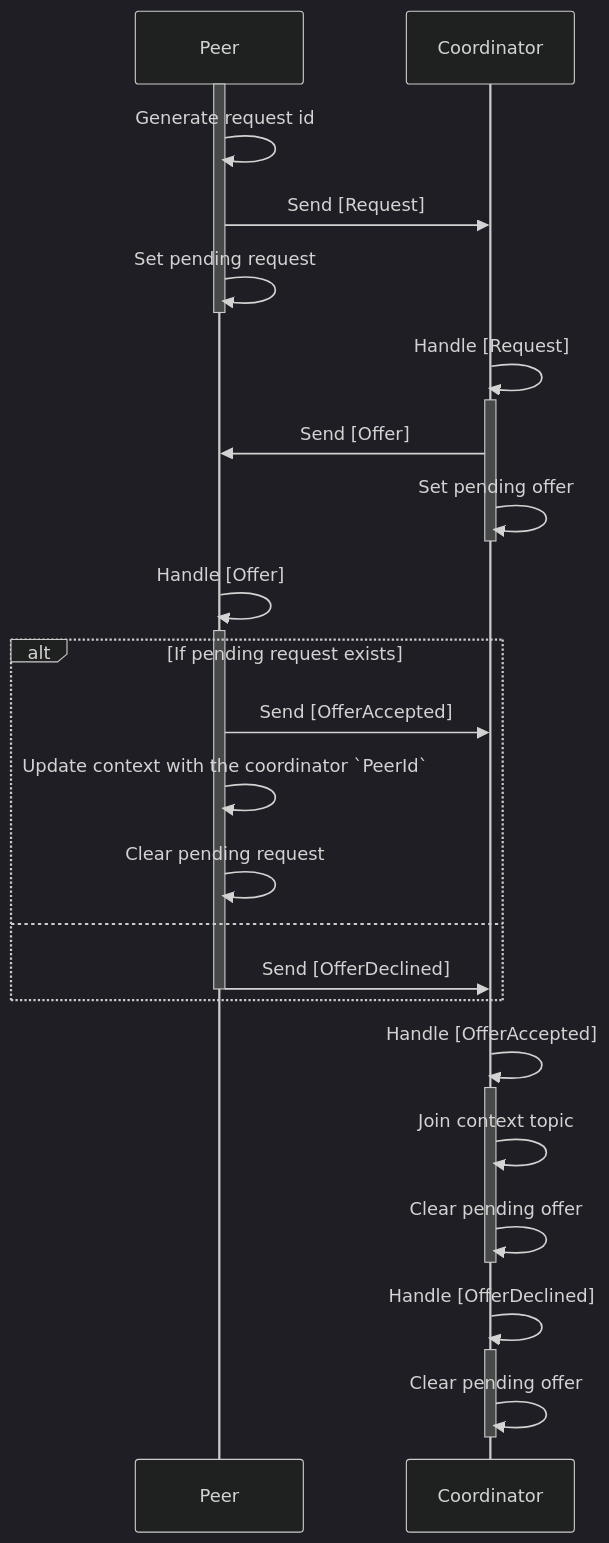
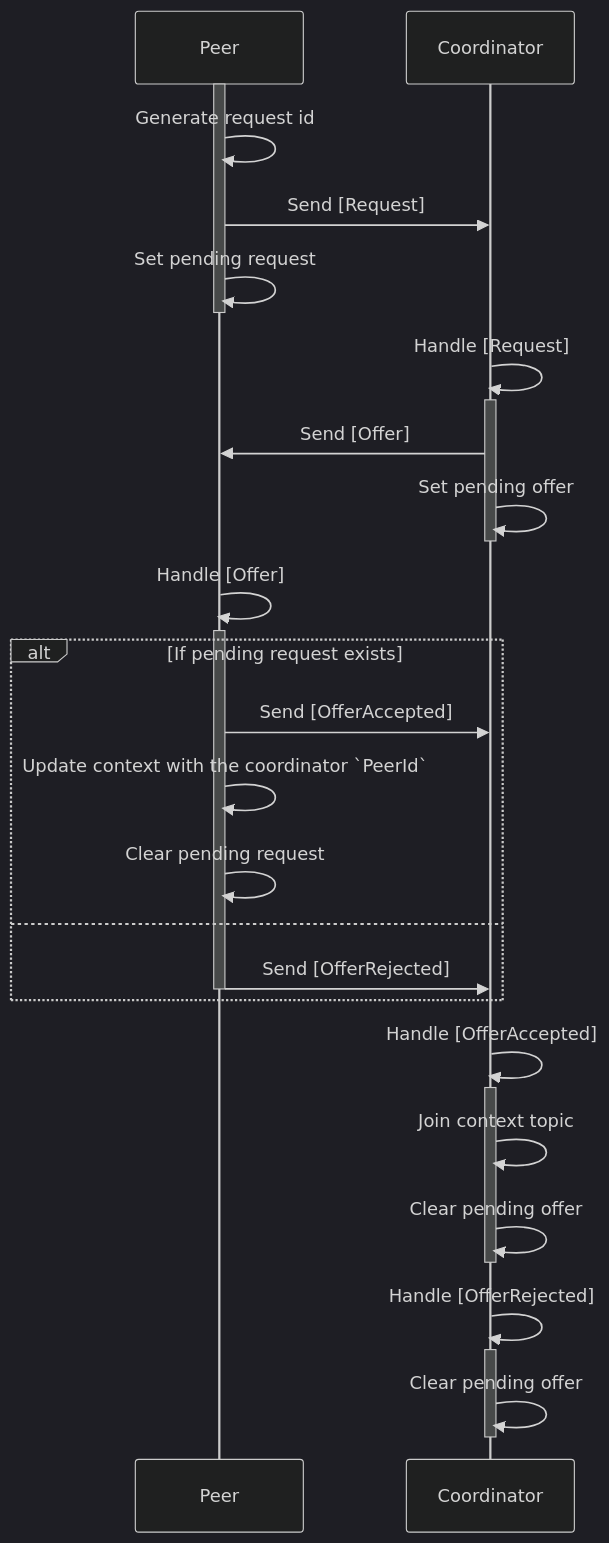
The second of 2 diagrams in crates/node/README.md (calimero-network/core), drawn with Mermaid (dark theme) before and after one commit. The commit also changed 21 other files, not shown here.

Commit message:
feat: PeerId primitive and coordinator ceremony types

````diff
--- a/crates/node/README.md
+++ b/crates/node/README.md
@@ -71,28 +71,28 @@
 ```mermaid
 sequenceDiagram
     activate Peer
     Peer->>Peer:Generate request id
     Peer->>Coordinator:Send [Request]
     Peer->>Peer:Set pending request
     deactivate Peer
 
     Coordinator->>+Coordinator:Handle [Request]
     Coordinator->>Peer:Send [Offer]
     Coordinator->>-Coordinator:Set pending offer
 
     Peer->>+Peer:Handle [Offer]
     alt If pending request exists
         Peer->>Coordinator: Send [OfferAccepted]
         Peer->>Peer:Update context with the coordinator `PeerId`
         Peer->>Peer:Clear pending request
     else
-        Peer->>-Coordinator: Send [OfferDeclined]
+        Peer->>-Coordinator: Send [OfferRejected]
     end
 
     Coordinator->>+Coordinator:Handle [OfferAccepted]
     Coordinator->>Coordinator:Join context topic
     Coordinator->>-Coordinator:Clear pending offer
 
-    Coordinator->>+Coordinator:Handle [OfferDeclined]
+    Coordinator->>+Coordinator:Handle [OfferRejected]
     Coordinator->>-Coordinator:Clear pending offer
 ```
````
